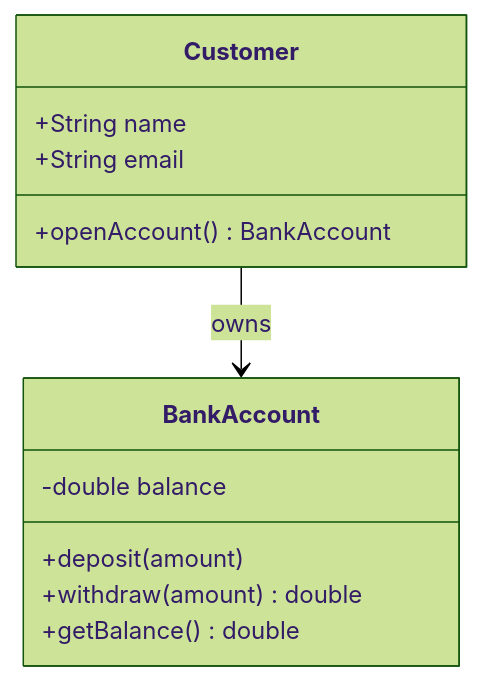
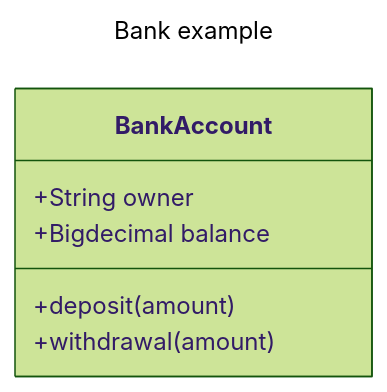
Before and after one commit to teachingai/full-stack-skills: the fifth of 30 diagrams in skills/mermaid/examples/class.md, drawn with Mermaid (forest theme). The commit also changed other lines of this file and 21 other files, not shown here.

First line of the commit message:
docs(mermaid): 更新架构、块、C4和类图示例文档

````diff
--- a/skills/mermaid/examples/class.md
+++ b/skills/mermaid/examples/class.md
@@ -60,16 +105,11 @@
 ```mermaid
+---
+title: Bank example
+---
 classDiagram
-    class BankAccount {
-        -double balance
-        +deposit(amount)
-        +withdraw(amount) double
-        +getBalance() double
-    }
-    class Customer {
-        +String name
-        +String email
-        +openAccount() BankAccount
-    }
-
-    Customer --> BankAccount : owns
+    class BankAccount
+    BankAccount : +String owner
+    BankAccount : +Bigdecimal balance
+    BankAccount : +deposit(amount)
+    BankAccount : +withdrawal(amount)
 ```
````
